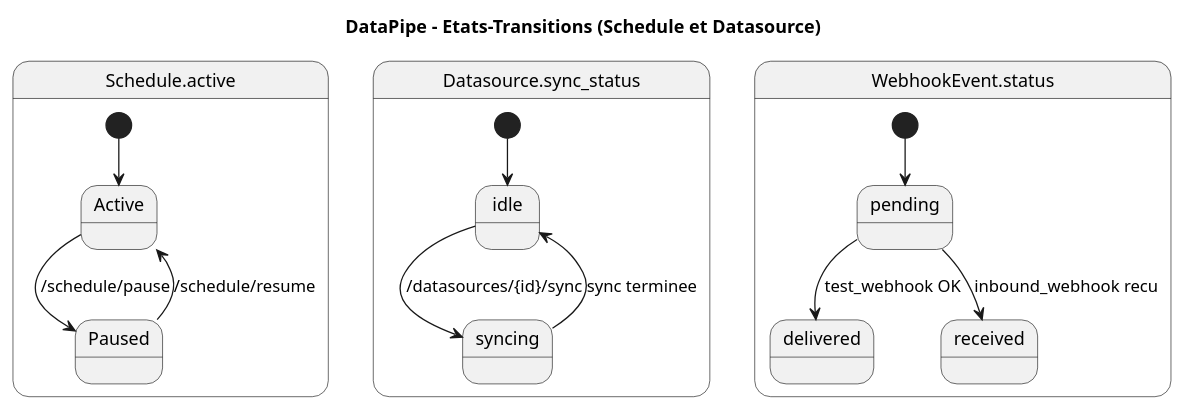
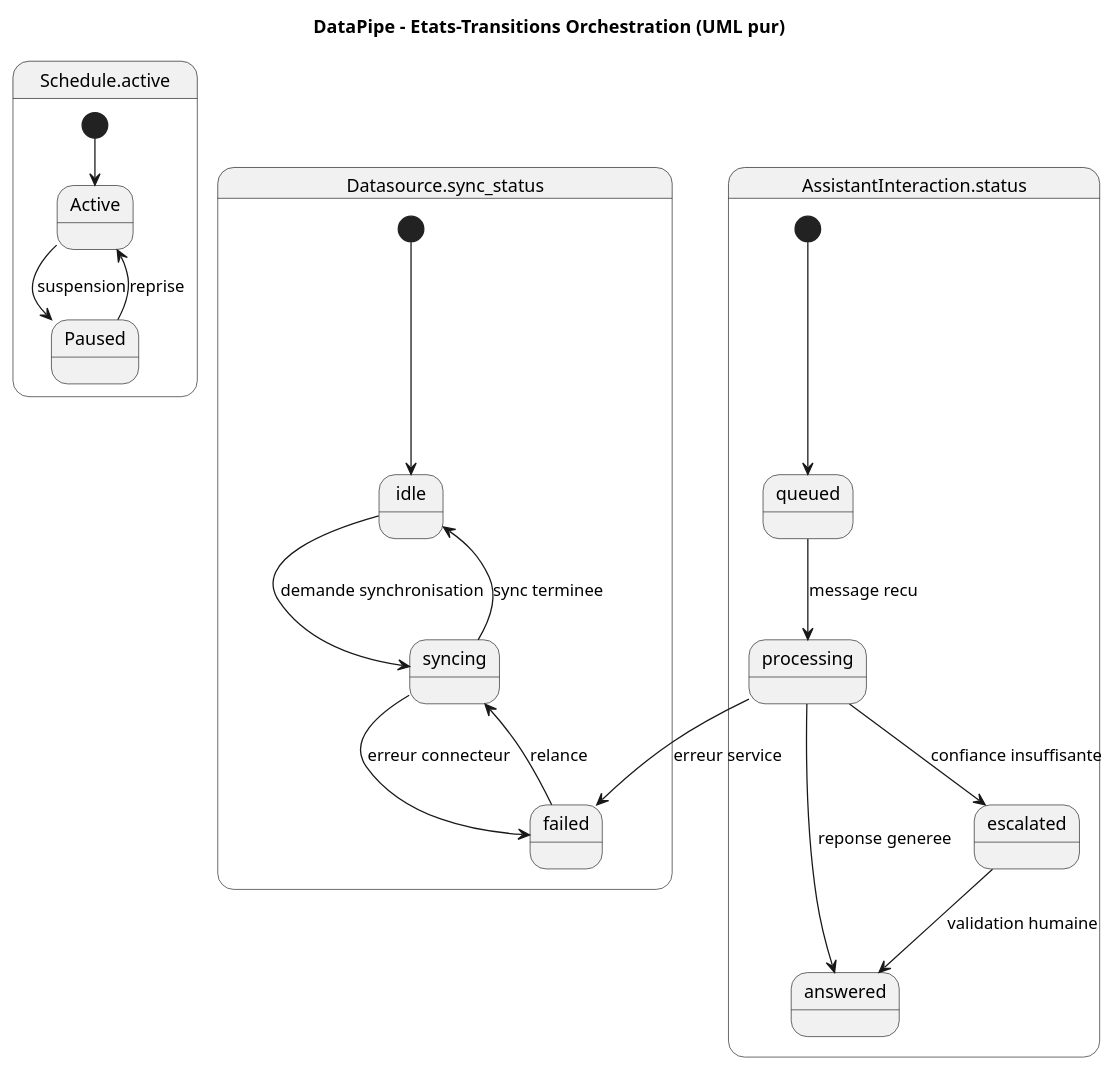
The diagram in conception/06_etat_transition_schedule_datasource.puml (Delmat237/DataPipe---ETL-Visuel-pour-Pipelines-Bancaires), drawn with PlantUML before and after one commit. The commit also changed 11 other files, not shown here.

First line of the commit message:
docs: refondre la modélisation UML en vue système

```diff
--- a/conception/06_etat_transition_schedule_datasource.puml
+++ b/conception/06_etat_transition_schedule_datasource.puml
@@ -1,23 +1,28 @@
 @startuml
-title DataPipe - Etats-Transitions (Schedule et Datasource)
+title DataPipe - Etats-Transitions Orchestration (UML pur)
 skinparam shadowing false
 
 state "Schedule.active" as ScheduleState {
   [*] --> Active
-  Active --> Paused : /schedule/pause
-  Paused --> Active : /schedule/resume
+  Active --> Paused : suspension
+  Paused --> Active : reprise
 }
 
 state "Datasource.sync_status" as DSSync {
   [*] --> idle
-  idle --> syncing : /datasources/{id}/sync
+  idle --> syncing : demande synchronisation
   syncing --> idle : sync terminee
+  syncing --> failed : erreur connecteur
+  failed --> syncing : relance
 }
 
-state "WebhookEvent.status" as WHEvent {
-  [*] --> pending
-  pending --> delivered : test_webhook OK
-  pending --> received : inbound_webhook recu
+state "AssistantInteraction.status" as AState {
+  [*] --> queued
+  queued --> processing : message recu
+  processing --> answered : reponse generee
+  processing --> escalated : confiance insuffisante
+  escalated --> answered : validation humaine
+  processing --> failed : erreur service
 }
 
 @enduml
```
